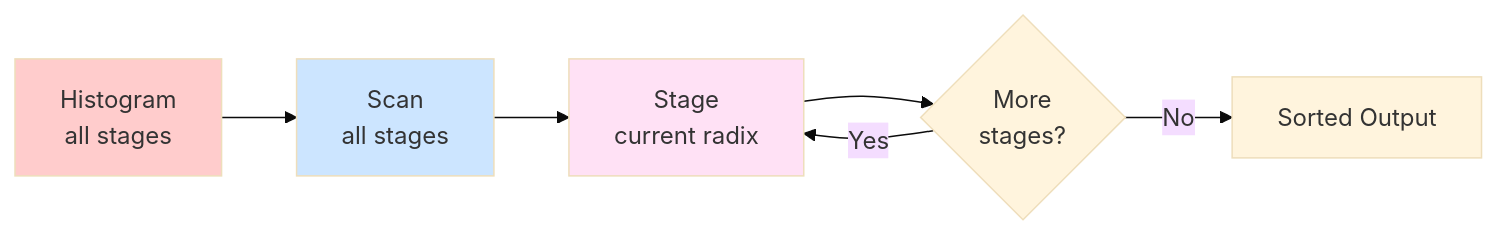
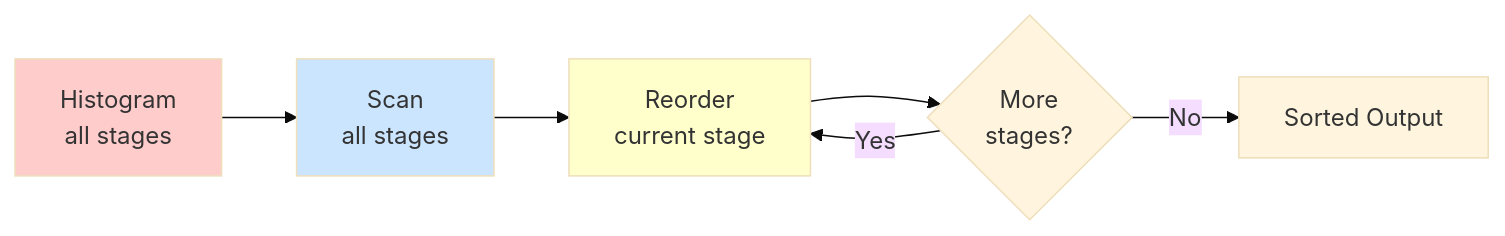
Before and after one commit to uxlfoundation/oneDPL: the second of 3 diagrams in rfcs/experimental/radix_sort_esimd_sycl.md, drawn with Mermaid (base theme). The commit also changed other lines of this file, not shown here.

````diff
--- a/rfcs/experimental/radix_sort_esimd_sycl.md
+++ b/rfcs/experimental/radix_sort_esimd_sycl.md
@@ -60,12 +60,12 @@
 ```mermaid
 graph LR
     A[Histogram<br/>all stages] --> B[Scan<br/>all stages]
-    B --> C[Stage<br/>current radix]
+    B --> C[Reorder<br/>current stage]
     C --> D{More<br/>stages?}
     D -->|Yes| C
     D -->|No| E[Sorted Output]
 
     style A fill:#ffcccc
     style B fill:#cce5ff
-    style C fill:#ffe1f5
+    style C fill:#ffffcc
 ```
````
